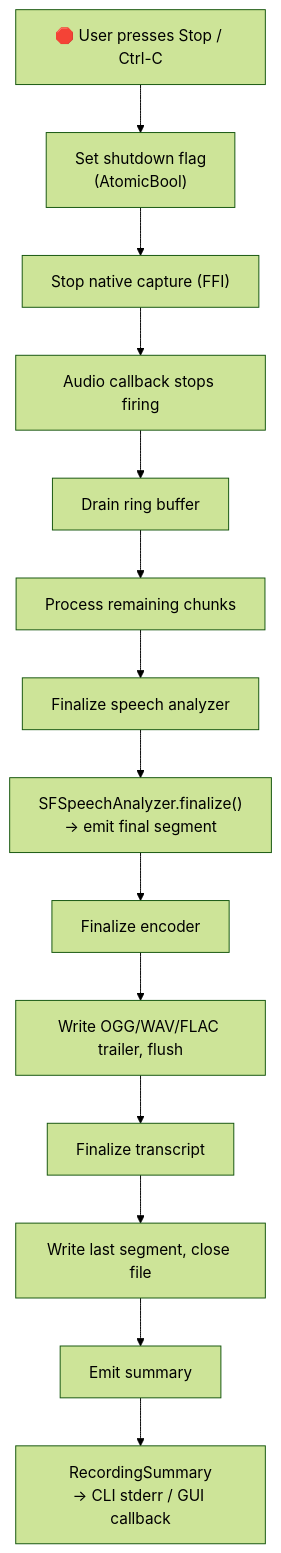
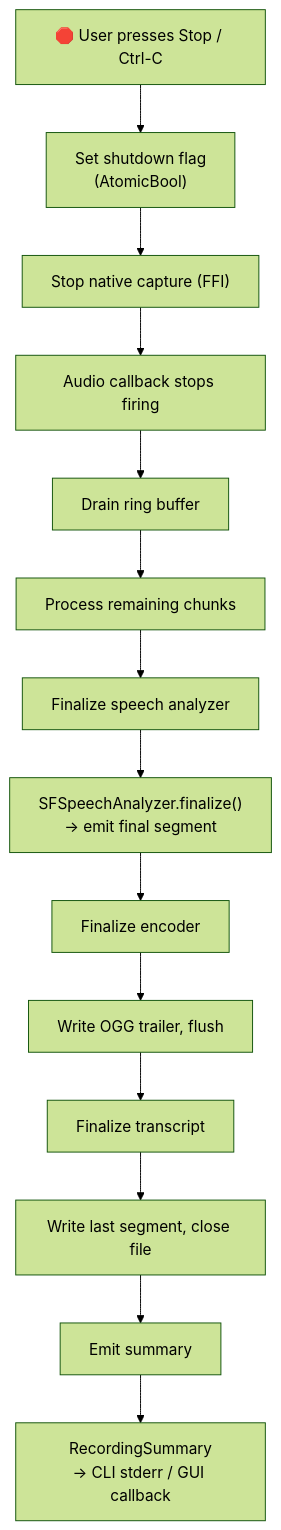
Before and after one commit to pranc1ngpegasus/labs: the second of 3 diagrams in koe/docs/spec/10-recording-pipeline.md, drawn with Mermaid (forest theme). The commit also changed other lines of this file and 33 other files, not shown here.

First line of the commit message:
refactor(koe): descope FLAC/WAV output formats (#10)

````diff
--- a/koe/docs/spec/10-recording-pipeline.md
+++ b/koe/docs/spec/10-recording-pipeline.md
@@ -207,31 +207,31 @@
 ```mermaid
 flowchart TD
     STOP["🛑 User presses Stop / Ctrl-C"]
     FLAG["Set shutdown flag<br/>(AtomicBool)"]
     NATIVE["Stop native capture (FFI)"]
     CB_STOP["Audio callback stops firing"]
     DRAIN["Drain ring buffer"]
     DRAIN_OUT["Process remaining chunks"]
     ASR["Finalize speech analyzer"]
     ASR_OUT["SFSpeechAnalyzer.finalize()<br/>→ emit final segment"]
     ENC["Finalize encoder"]
-    ENC_OUT["Write OGG/WAV/FLAC trailer, flush"]
+    ENC_OUT["Write OGG trailer, flush"]
     FMT["Finalize transcript"]
     FMT_OUT["Write last segment, close file"]
     SUMMARY["Emit summary"]
     SUMMARY_OUT["RecordingSummary<br/>→ CLI stderr / GUI callback"]
 
     STOP --> FLAG
     FLAG --> NATIVE
     NATIVE --> CB_STOP
     CB_STOP --> DRAIN
     DRAIN --> DRAIN_OUT
     DRAIN_OUT --> ASR
     ASR --> ASR_OUT
     ASR_OUT --> ENC
     ENC --> ENC_OUT
     ENC_OUT --> FMT
     FMT --> FMT_OUT
     FMT_OUT --> SUMMARY
     SUMMARY --> SUMMARY_OUT
 ```
````
